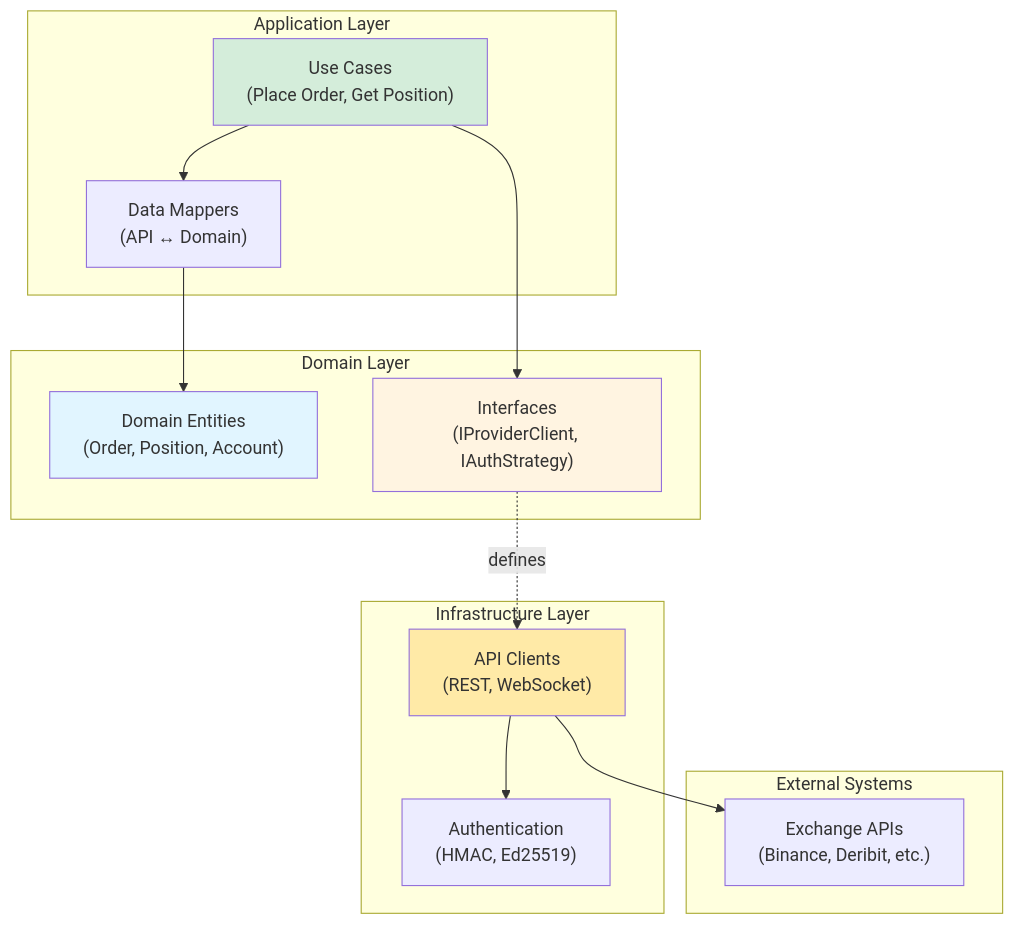
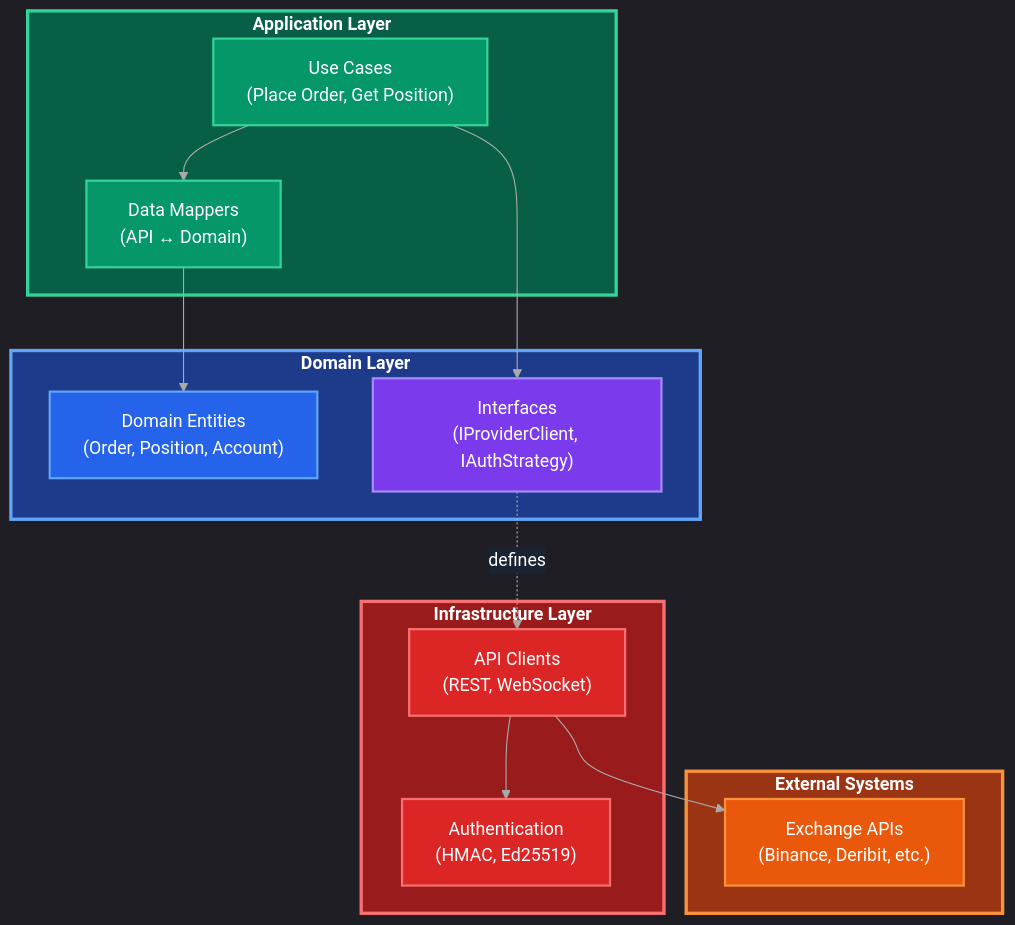
The first of 10 diagrams in README.md (ArmandRicheletKleinberg/Ark.Alliance.Trading.Providers.Lib), drawn with Mermaid before and after one commit. The commit also changed other lines of this file, not shown here.

First line of the commit message:
feat: convert all diagrams to professional dark theme

````diff
--- a/README.md
+++ b/README.md
@@ -98,33 +98,41 @@
 ```mermaid
+%%{init: {'theme':'dark', 'themeVariables': {'primaryColor':'#1e3a5f','primaryTextColor':'#fff','primaryBorderColor':'#4a90e2','lineColor':'#aaa','secondaryColor':'#2d4a6c','tertiaryColor':'#3a5f7d','textColor':'#fff','background':'#0d1117','mainBkg':'#1e3a5f','nodeBorder':'#4a90e2','clusterBkg':'#1a2332','clusterBorder':'#4a90e2','edgeLabelBackground':'#1a2332'}}}%%
 graph TB
-    subgraph "Domain Layer"
+    subgraph DomainLayer["<b>Domain Layer</b>"]
         Entities["Domain Entities<br/>(Order, Position, Account)"]
         Interfaces["Interfaces<br/>(IProviderClient, IAuthStrategy)"]
     end
     
-    subgraph "Application Layer"
+    subgraph AppLayer["<b>Application Layer</b>"]
         UseCases["Use Cases<br/>(Place Order, Get Position)"]
         Mappers["Data Mappers<br/>(API ↔ Domain)"]
     end
     
-    subgraph "Infrastructure Layer"
+    subgraph InfraLayer["<b>Infrastructure Layer</b>"]
         Clients["API Clients<br/>(REST, WebSocket)"]
         Auth["Authentication<br/>(HMAC, Ed25519)"]
     end
     
-    subgraph "External Systems"
+    subgraph ExtSystems["<b>External Systems</b>"]
         Exchanges["Exchange APIs<br/>(Binance, Deribit, etc.)"]
     end
     
     Interfaces -.->|defines| Clients
     UseCases --> Interfaces
     Mappers --> Entities
     Clients --> Auth
     Clients --> Exchanges
     UseCases --> Mappers
     
-    style Entities fill:#e1f5ff
-    style Interfaces fill:#fff4e1
-    style UseCases fill:#d4edda
-    style Clients fill:#ffeaa7
+    style Entities fill:#2563eb,stroke:#60a5fa,stroke-width:2px,color:#fff
+    style Interfaces fill:#7c3aed,stroke:#a78bfa,stroke-width:2px,color:#fff
+    style UseCases fill:#059669,stroke:#34d399,stroke-width:2px,color:#fff
+    style Mappers fill:#059669,stroke:#34d399,stroke-width:2px,color:#fff
+    style Clients fill:#dc2626,stroke:#f87171,stroke-width:2px,color:#fff
+    style Auth fill:#dc2626,stroke:#f87171,stroke-width:2px,color:#fff
+    style Exchanges fill:#ea580c,stroke:#fb923c,stroke-width:2px,color:#fff
+    style DomainLayer fill:#1e3a8a,stroke:#60a5fa,stroke-width:3px,color:#fff
+    style AppLayer fill:#065f46,stroke:#34d399,stroke-width:3px,color:#fff
+    style InfraLayer fill:#991b1b,stroke:#f87171,stroke-width:3px,color:#fff
+    style ExtSystems fill:#9a3412,stroke:#fb923c,stroke-width:3px,color:#fff
 ```
````
